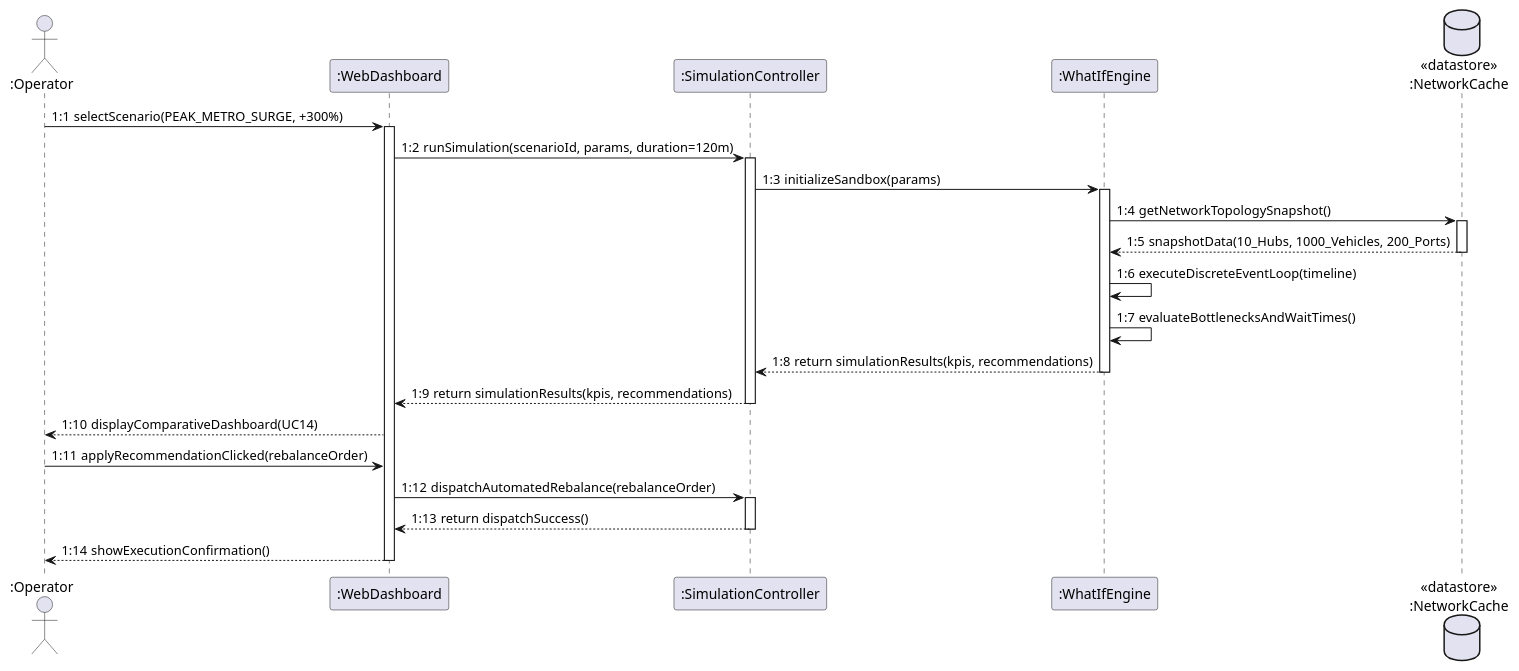
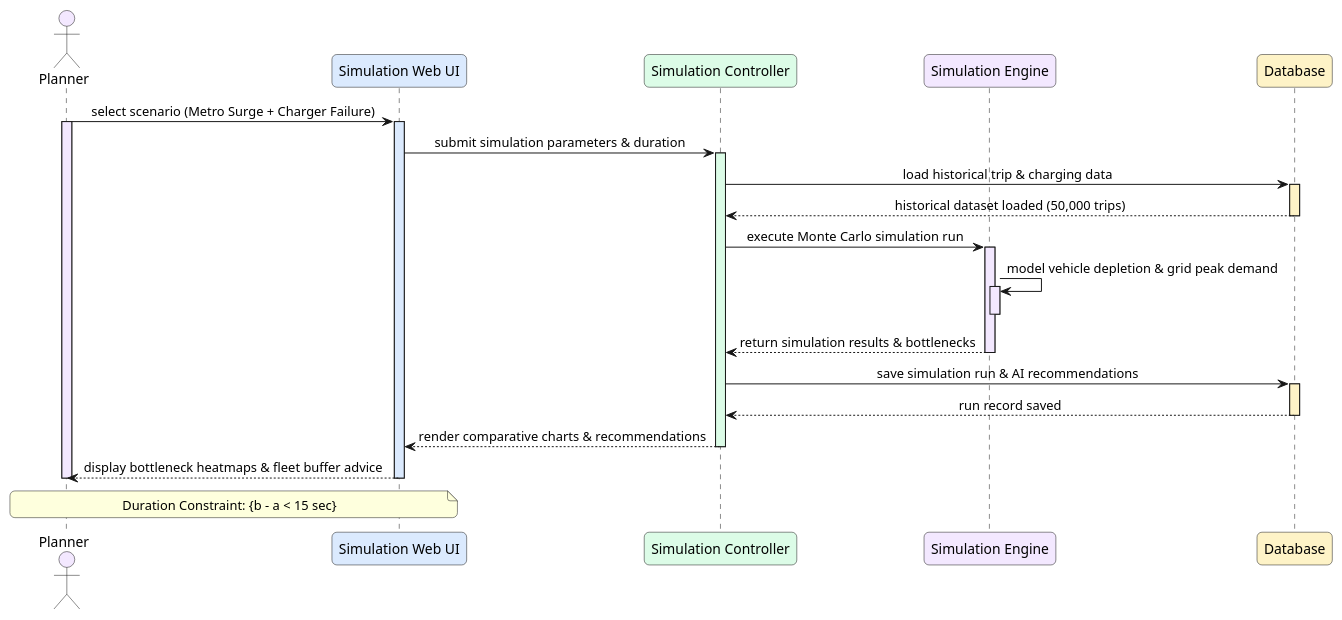
Diagram 13 of 14 in 01_Diagram/02_Sequence_Diagram/PLANTUML_SEQUENCE.md (YdtTran/software-engineerning), drawn with PlantUML before and after one commit. The commit also changed other lines of this file and 19 other files, not shown here.

Commit message:
feat(diagram): update sequence diagrams with slide-standard visuals and rendered pngs

````diff
--- a/01_Diagram/02_Sequence_Diagram/PLANTUML_SEQUENCE.md
+++ b/01_Diagram/02_Sequence_Diagram/PLANTUML_SEQUENCE.md
@@ -534,39 +617,53 @@
 ```plantuml
 @startuml
-skinparam responseMessageBelowArrow true
-autonumber "1:"
-actor ":Operator" as Admin
-participant ":WebDashboard" as UI
-participant ":SimulationController" as Ctrl
-participant ":WhatIfEngine" as Engine
-database "<<datastore>>\n:NetworkCache" as Cache
+skinparam sequenceMessageAlign center
+skinparam responseMessageBelowArrow false
+skinparam roundcorner 10
+skinparam ParticipantPadding 25
+skinparam BoxPadding 15
 
-Admin -> UI: selectScenario(PEAK_METRO_SURGE, +300%)
-activate UI
-UI -> Ctrl: runSimulation(scenarioId, params, duration=120m)
-activate Ctrl
-Ctrl -> Engine: initializeSandbox(params)
-activate Engine
-Engine -> Cache: getNetworkTopologySnapshot()
-activate Cache
-Cache --> Engine: snapshotData(10_Hubs, 1000_Vehicles, 200_Ports)
-deactivate Cache
+actor "Planner" as Plan #f3e8ff
+participant "Simulation Web UI" as UI #dbeafe
+participant "Simulation Controller" as Ctrl #dcfce7
+participant "Simulation Engine" as Engine #f3e8ff
+participant "Database" as DB #fef3c7
 
-Engine -> Engine: executeDiscreteEventLoop(timeline)
-Engine -> Engine: evaluateBottlenecksAndWaitTimes()
+Plan -> UI: select scenario (Metro Surge + Charger Failure)
+activate Plan #f3e8ff
+activate UI #dbeafe
 
-Engine --> Ctrl: return simulationResults(kpis, recommendations)
+UI -> Ctrl: submit simulation parameters & duration
+activate Ctrl #dcfce7
+
+Ctrl -> DB: load historical trip & charging data
+activate DB #fef3c7
+
+DB --> Ctrl: historical dataset loaded (50,000 trips)
+deactivate DB
+
+Ctrl -> Engine: execute Monte Carlo simulation run
+activate Engine #f3e8ff
+
+Engine -> Engine: model vehicle depletion & grid peak demand
+activate Engine #f3e8ff
 deactivate Engine
-Ctrl --> UI: return simulationResults(kpis, recommendations)
+
+Engine --> Ctrl: return simulation results & bottlenecks
+deactivate Engine
+
+Ctrl -> DB: save simulation run & AI recommendations
+activate DB #fef3c7
+
+DB --> Ctrl: run record saved
+deactivate DB
+
+Ctrl --> UI: render comparative charts & recommendations
 deactivate Ctrl
-UI --> Admin: displayComparativeDashboard(UC14)
 
-Admin -> UI: applyRecommendationClicked(rebalanceOrder)
-UI -> Ctrl: dispatchAutomatedRebalance(rebalanceOrder)
-activate Ctrl
-Ctrl --> UI: return dispatchSuccess()
-deactivate Ctrl
-UI --> Admin: showExecutionConfirmation()
+UI --> Plan: display bottleneck heatmaps & fleet buffer advice
 deactivate UI
+deactivate Plan
+
+note over Plan, UI: Duration Constraint: {b - a < 15 sec}
 @enduml
 ```
````
